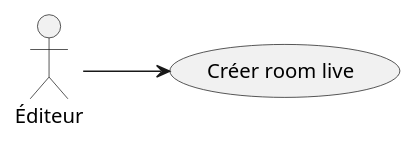
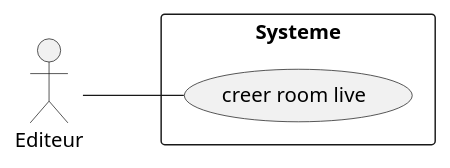
The diagram in Desktop/rapport/usecase/creerroom.puml (benslimenmohamedaziz3-bot/diagrammes), drawn with PlantUML before and after one commit. The commit also changed 19 other files, not shown here.

```diff
--- a/Desktop/rapport/usecase/creerroom.puml
+++ b/Desktop/rapport/usecase/creerroom.puml
@@ -1,10 +1,16 @@
 @startuml
 left to right direction
+skinparam shadowing false
+skinparam linetype ortho
+skinparam nodesep 60
+skinparam ranksep 70
 
-actor "Éditeur" as Editeur
+actor "Editeur" as Editeur
 
-usecase "Créer room live" as UC1
+rectangle "Systeme" as Systeme {
+  usecase "creer room live" as UC1
+}
 
-Editeur --> UC1
+Editeur -- UC1
 
 @enduml
```
